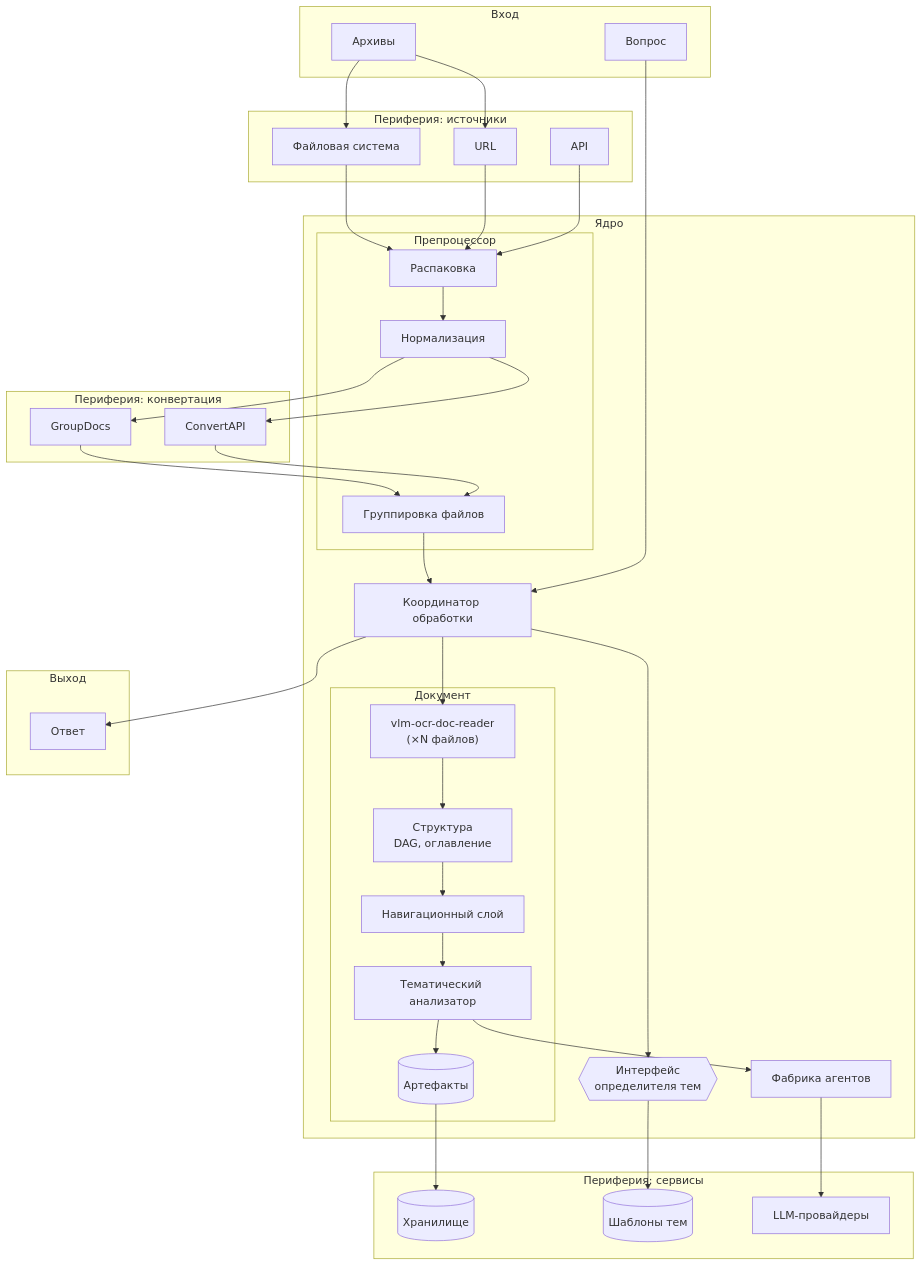
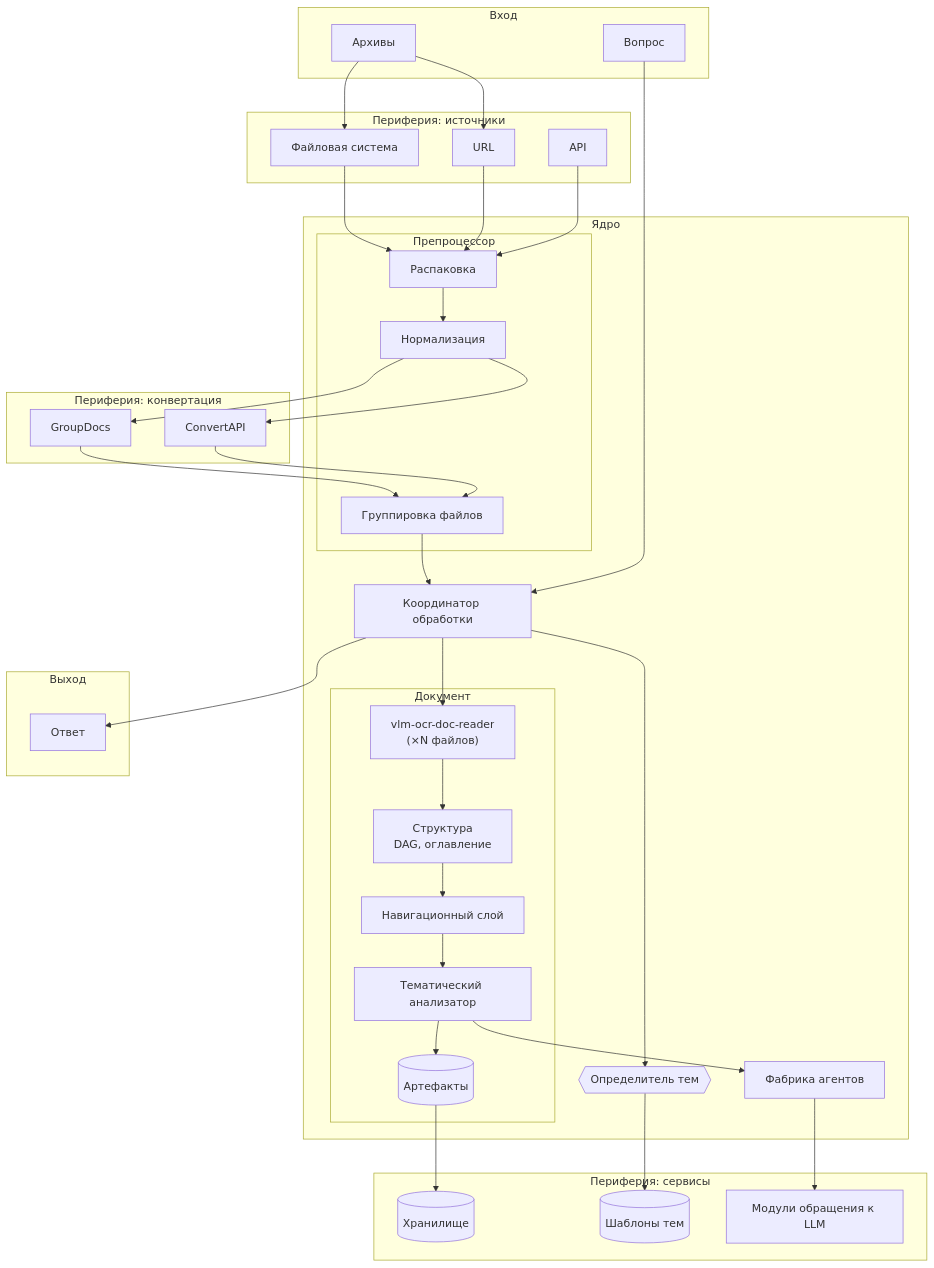
One commit to Dieugene/agentic-doc-processing changed the second of 5 diagrams in 00_docs/architecture/ADPS_Architecture_L2.md. Above: the diagram before and after it, drawn with Mermaid. The commit also changed other lines of this file, not shown here.

Commit message:
Architecture L2 add

````diff
--- a/00_docs/architecture/ADPS_Architecture_L2.md
+++ b/00_docs/architecture/ADPS_Architecture_L2.md
@@ -278,73 +298,73 @@
 ```mermaid
 flowchart TB
     subgraph input["Вход"]
         ARCHIVES[Архивы]
         QUESTION[Вопрос]
     end
 
     subgraph periphery_in["Периферия: источники"]
         SRC_FS[Файловая система]
         SRC_URL[URL]
         SRC_API[API]
     end
 
     subgraph periphery_conv["Периферия: конвертация"]
         GROUPDOCS[GroupDocs]
         CONVERTAPI[ConvertAPI]
     end
 
     subgraph core["Ядро"]
         subgraph preproc["Препроцессор"]
             UNPACK[Распаковка]
             NORM[Нормализация]
             GROUP[Группировка файлов]
         end
 
         COORD[Координатор обработки]
 
         subgraph doc["Документ"]
             VLM["vlm-ocr-doc-reader<br/>(×N файлов)"]
             STRUCT[Структура<br/>DAG, оглавление]
             NAV[Навигационный слой]
             THEMATIC[Тематический анализатор]
             ARTIFACTS[(Артефакты)]
         end
 
         AGENTS[Фабрика агентов]
-        TOPIC_IF{{Интерфейс<br/>определителя тем}}
+        TOPIC_IF{{Определитель тем}}
     end
 
     subgraph periphery_out["Периферия: сервисы"]
         STORAGE[(Хранилище)]
         TEMPLATES[(Шаблоны тем)]
-        LLM[LLM-провайдеры]
+        LLM_MOD[Модули обращения к LLM]
     end
 
     subgraph output["Выход"]
         ANSWER[Ответ]
     end
 
     ARCHIVES --> SRC_FS
     ARCHIVES --> SRC_URL
     SRC_FS --> UNPACK
     SRC_URL --> UNPACK
     SRC_API --> UNPACK
     UNPACK --> NORM
     NORM --> GROUPDOCS
     NORM --> CONVERTAPI
     GROUPDOCS --> GROUP
     CONVERTAPI --> GROUP
     GROUP --> COORD
     QUESTION --> COORD
     COORD --> VLM
     VLM --> STRUCT
     STRUCT --> NAV
     COORD --> TOPIC_IF
     TOPIC_IF --> TEMPLATES
     NAV --> THEMATIC
     THEMATIC --> AGENTS
-    AGENTS --> LLM
+    AGENTS --> LLM_MOD
     THEMATIC --> ARTIFACTS
     ARTIFACTS --> STORAGE
     COORD --> ANSWER
 ```
````
